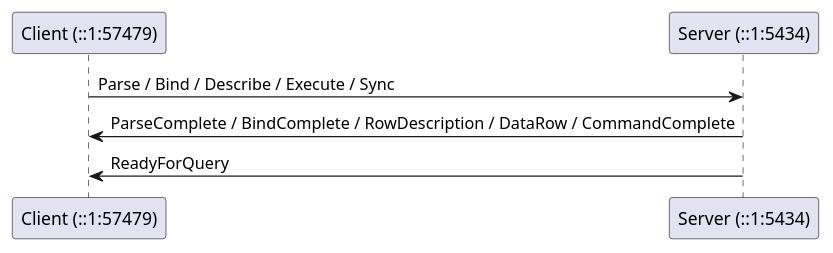
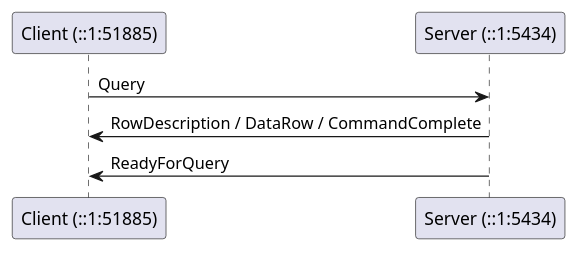
One commit to xfischer/pg_protoexport changed the diagram in docs/examples/exports/pagila-01-simple-query-single-statement/capture.plantuml.seq.md. Above: the diagram before and after it, drawn with PlantUML. The commit also changed 135 other files, not shown here.

````diff
--- a/docs/examples/exports/pagila-01-simple-query-single-statement/capture.plantuml.seq.md
+++ b/docs/examples/exports/pagila-01-simple-query-single-statement/capture.plantuml.seq.md
@@ -2,9 +2,9 @@
 ```plantuml
 @startuml
-participant "Client (::1:57479)" as C
+participant "Client (::1:51885)" as C
 participant "Server (::1:5434)" as S
-C -> S : Parse / Bind / Describe / Execute / Sync
-S -> C : ParseComplete / BindComplete / RowDescription / DataRow / CommandComplete
+C -> S : Query
+S -> C : RowDescription / DataRow / CommandComplete
 S -> C : ReadyForQuery
 @enduml
 ```
````
